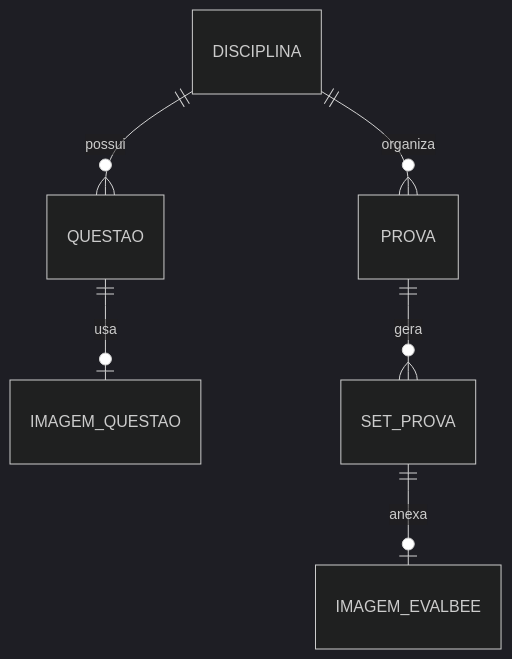
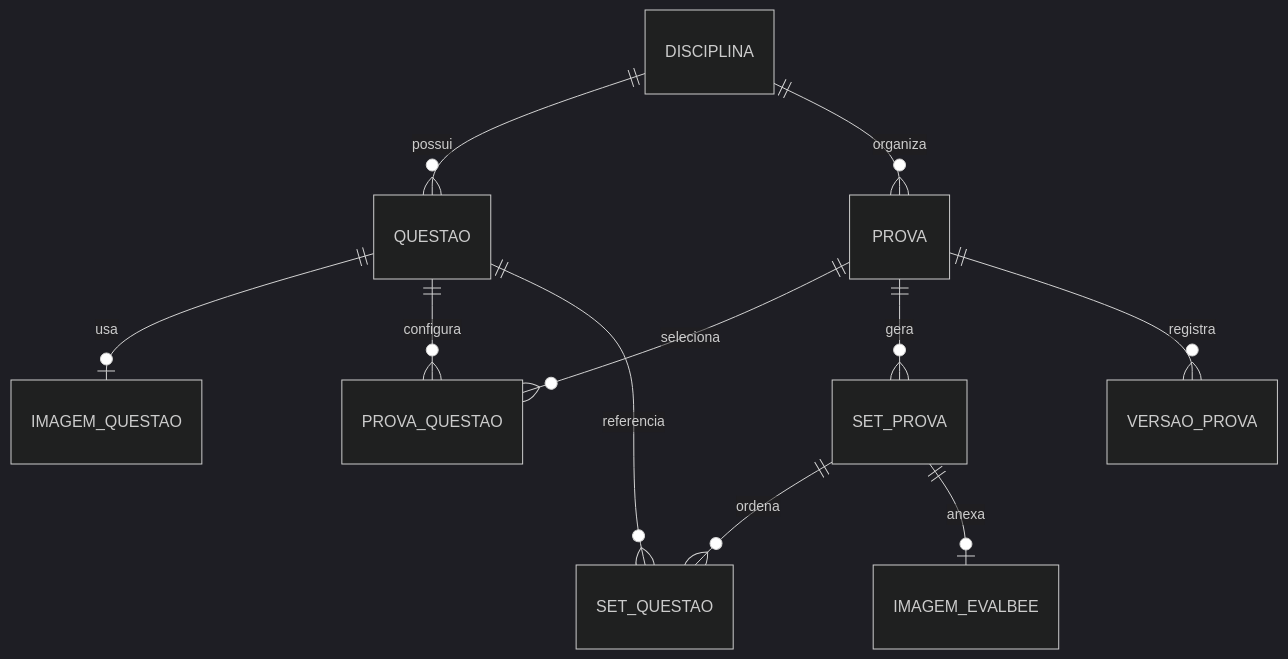
One commit to Eronponce/UniFil-Exams changed the diagram in docs/DATA_MODEL.md. Above: the diagram before and after it, drawn with Mermaid (dark theme). The commit also changed other lines of this file and 18 other files, not shown here.

````diff
--- a/docs/DATA_MODEL.md
+++ b/docs/DATA_MODEL.md
@@ -15,8 +15,13 @@
 ```mermaid
 erDiagram
     DISCIPLINA ||--o{ QUESTAO : possui
     DISCIPLINA ||--o{ PROVA : organiza
     QUESTAO ||--o| IMAGEM_QUESTAO : usa
+    PROVA ||--o{ PROVA_QUESTAO : seleciona
+    QUESTAO ||--o{ PROVA_QUESTAO : configura
     PROVA ||--o{ SET_PROVA : gera
+    SET_PROVA ||--o{ SET_QUESTAO : ordena
+    QUESTAO ||--o{ SET_QUESTAO : referencia
+    PROVA ||--o{ VERSAO_PROVA : registra
     SET_PROVA ||--o| IMAGEM_EVALBEE : anexa
 ```
````
